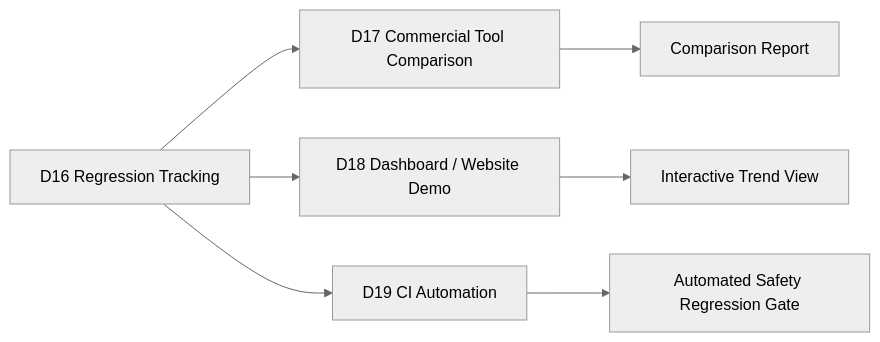
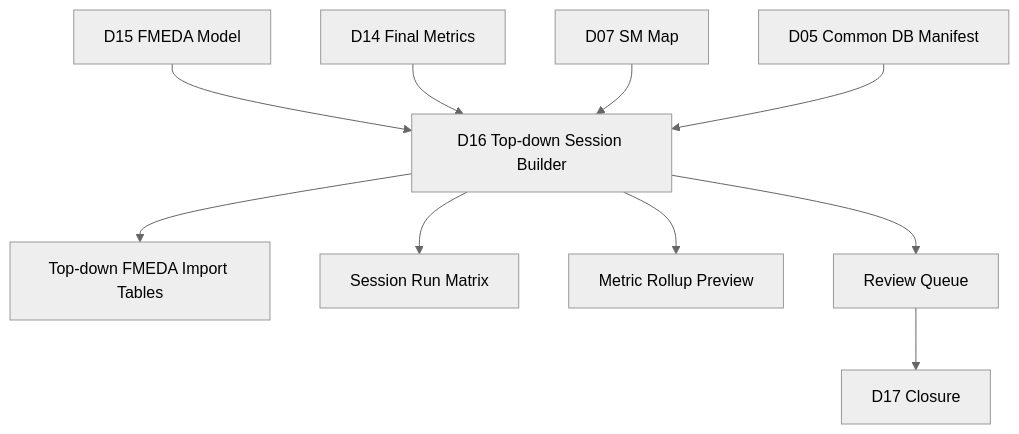
Before and after one commit to qiqixixi1001/automotive-safeic-practice: the seventh of 7 diagrams in articles/16_automotive_safeic_practice_d16_github_en_regression_and_trend_tracking.md, drawn with Mermaid (neutral theme). The commit also changed other lines of this file, not shown here.

````diff
--- a/articles/16_automotive_safeic_practice_d16_github_en_regression_and_trend_tracking.md
+++ b/articles/16_automotive_safeic_practice_d16_github_en_regression_and_trend_tracking.md
@@ -1510,9 +627,12 @@
 ```mermaid
-flowchart LR
-    A[D16 Regression Tracking] --> B[D17 Commercial Tool Comparison]
-    A --> C[D18 Dashboard / Website Demo]
-    A --> D[D19 CI Automation]
-    B --> E[Comparison Report]
-    C --> F[Interactive Trend View]
-    D --> G[Automated Safety Regression Gate]
+flowchart TD
+    A[D15 FMEDA Model] --> B[D16 Top-down Session Builder]
+    C[D14 Final Metrics] --> B
+    D[D07 SM Map] --> B
+    E[D05 Common DB Manifest] --> B
+    B --> F[Top-down FMEDA Import Tables]
+    B --> G[Session Run Matrix]
+    B --> H[Metric Rollup Preview]
+    B --> I[Review Queue]
+    I --> J[D17 Closure]
 ```
````
